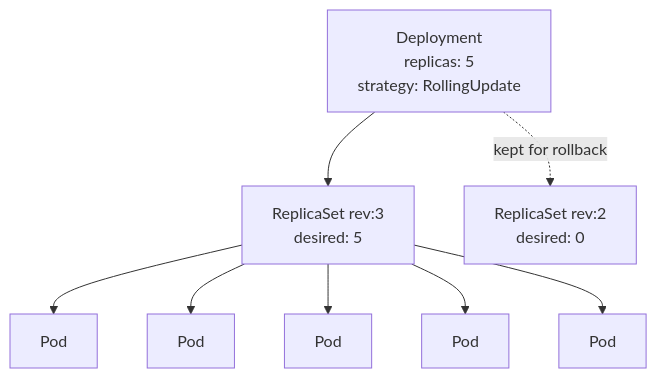
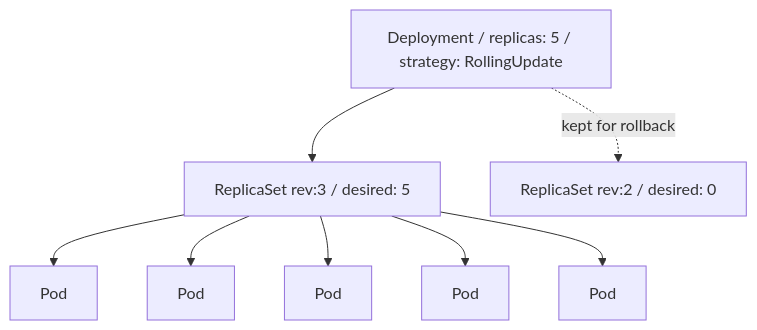
One commit to hareramcse/SystemDesign changed diagram 29 of 47 in 11-cloud-and-kubernetes/README.md. Above: the diagram before and after it, drawn with Mermaid. The commit also changed other lines of this file and 14 other files, not shown here.

````diff
--- a/11-cloud-and-kubernetes/README.md
+++ b/11-cloud-and-kubernetes/README.md
@@ -1490,10 +1490,10 @@
 ```mermaid
 flowchart TB
-    Dep[Deployment<br/>replicas: 5<br/>strategy: RollingUpdate] --> RSnew[ReplicaSet rev:3<br/>desired: 5]
-    Dep -.->|kept for rollback| RSold[ReplicaSet rev:2<br/>desired: 0]
+    Dep["Deployment / replicas: 5 / strategy: RollingUpdate"] --> RSnew["ReplicaSet rev:3 / desired: 5"]
+    Dep -.->|kept for rollback| RSold["ReplicaSet rev:2 / desired: 0"]
     RSnew --> P1[Pod]
     RSnew --> P2[Pod]
     RSnew --> P3[Pod]
     RSnew --> P4[Pod]
     RSnew --> P5[Pod]
 ```
````
